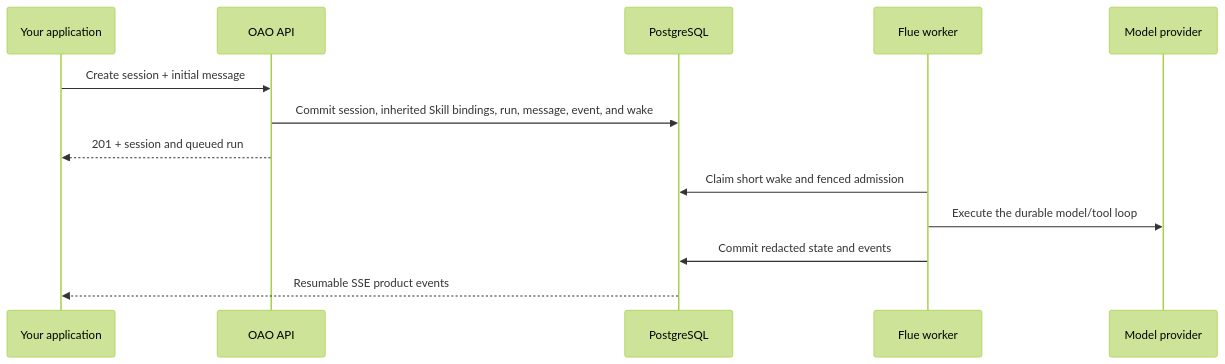
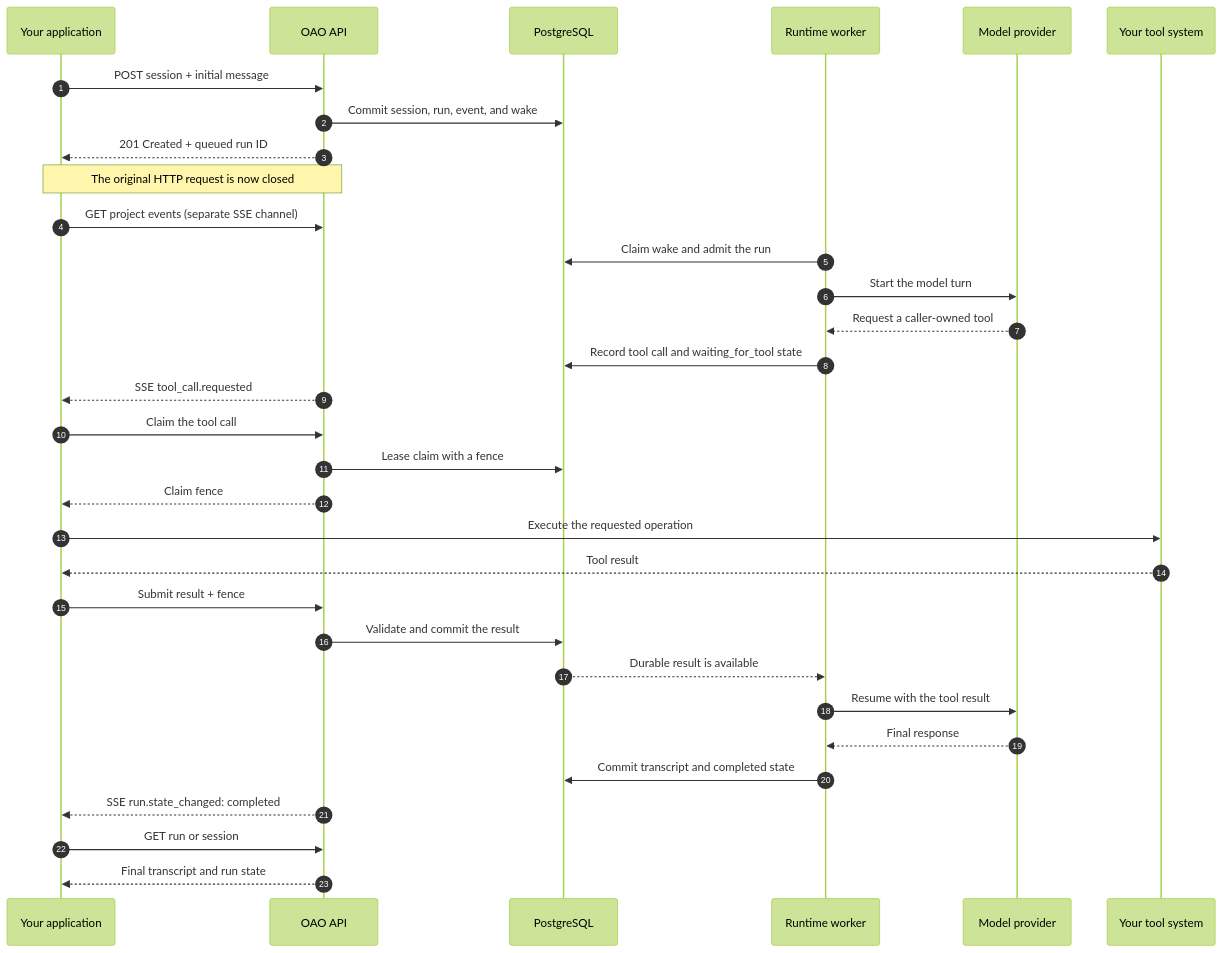
One commit to vectrix-ai/oao changed the diagram in docs/concepts/how-oao-works.mdx. Above: the diagram before and after it, drawn with Mermaid (forest theme). The commit also changed other lines of this file and 19 other files, not shown here.

````diff
--- a/docs/concepts/how-oao-works.mdx
+++ b/docs/concepts/how-oao-works.mdx
@@ -29,16 +29,38 @@
 ```mermaid
 sequenceDiagram
+  autonumber
   participant App as Your application
   participant API as OAO API
   participant DB as PostgreSQL
-  participant Runtime as Flue worker
-  participant Provider as Model provider
+  participant Worker as Runtime worker
+  participant Model as Model provider
+  participant Tool as Your tool system
 
-  App->>API: Create session + initial message
-  API->>DB: Commit session, inherited Skill bindings, run, message, event, and wake
-  API-->>App: 201 + session and queued run
-  Runtime->>DB: Claim short wake and fenced admission
-  Runtime->>Provider: Execute the durable model/tool loop
-  Runtime->>DB: Commit redacted state and events
-  DB-->>App: Resumable SSE product events
+  App->>API: POST session + initial message
+  API->>DB: Commit session, run, event, and wake
+  API-->>App: 201 Created + queued run ID
+  Note over App,API: The original HTTP request is now closed
+
+  App->>API: GET project events (separate SSE channel)
+  Worker->>DB: Claim wake and admit the run
+  Worker->>Model: Start the model turn
+  Model-->>Worker: Request a caller-owned tool
+  Worker->>DB: Record tool call and waiting_for_tool state
+  API-->>App: SSE tool_call.requested
+
+  App->>API: Claim the tool call
+  API->>DB: Lease claim with a fence
+  API-->>App: Claim fence
+  App->>Tool: Execute the requested operation
+  Tool-->>App: Tool result
+  App->>API: Submit result + fence
+  API->>DB: Validate and commit the result
+
+  DB-->>Worker: Durable result is available
+  Worker->>Model: Resume with the tool result
+  Model-->>Worker: Final response
+  Worker->>DB: Commit transcript and completed state
+  API-->>App: SSE run.state_changed: completed
+  App->>API: GET run or session
+  API-->>App: Final transcript and run state
 ```
````
